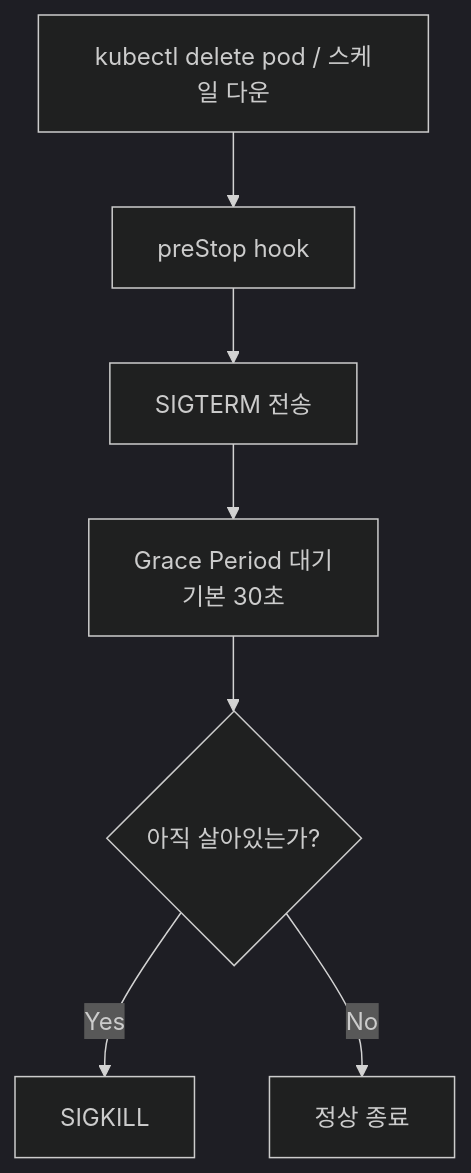
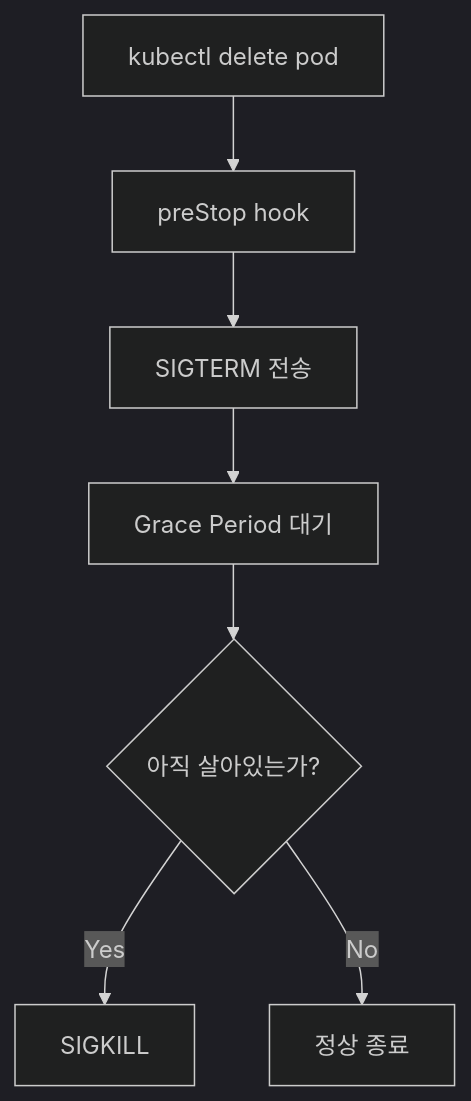
One commit to moonblueblue/devops-wiki changed the third of 3 diagrams in content/linux/process-isolation/process-management.md. Above: the diagram before and after it, drawn with Mermaid (dark theme). The commit also changed other lines of this file and 37 other files, not shown here.

First line of the commit message:
style: linux 카테고리 ASCII 도표·Mermaid 라벨 형식 교정

````diff
--- a/content/linux/process-isolation/process-management.md
+++ b/content/linux/process-isolation/process-management.md
@@ -185,10 +197,10 @@
 ```mermaid
 graph TD
-    A["kubectl delete pod / 스케일 다운"]
+    A["kubectl delete pod"]
     A --> B["preStop hook"]
     B --> C["SIGTERM 전송"]
-    C --> D["Grace Period 대기\n기본 30초"]
+    C --> D["Grace Period 대기"]
     D --> E{"아직 살아있는가?"}
     E -->|Yes| F[SIGKILL]
     E -->|No| G[정상 종료]
 ```
````
